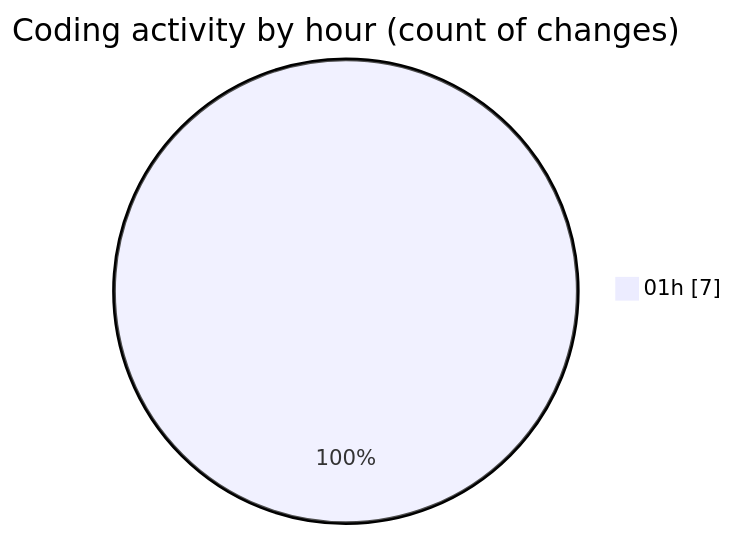
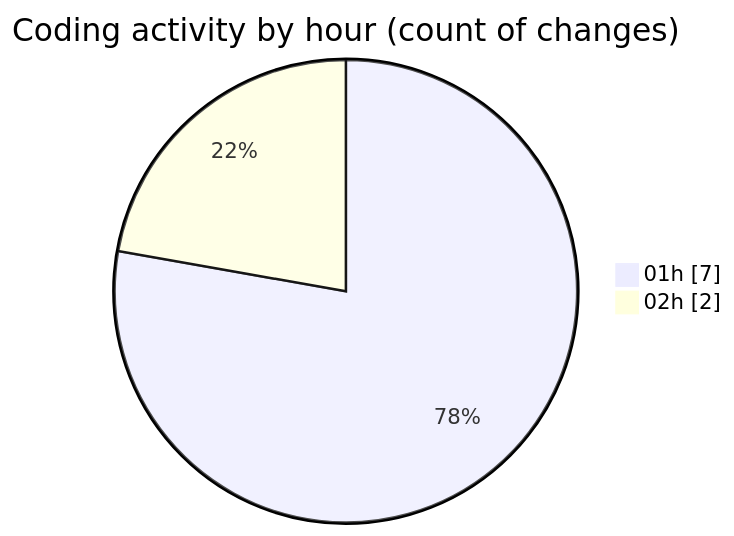
One commit to Ritupan-Deka/code-tracking changed the second of 2 diagrams in 2025-01-24/projects/README.md. Above: the diagram before and after it, drawn with Mermaid. The commit also changed other lines of this file and 1 other file, not shown here.

````diff
--- a/2025-01-24/projects/README.md
+++ b/2025-01-24/projects/README.md
@@ -34,5 +38,6 @@
 ```mermaid
 pie showData
 title Coding activity by hour (count of changes)
 "01h" : 7
+"02h" : 2
 ```
````
